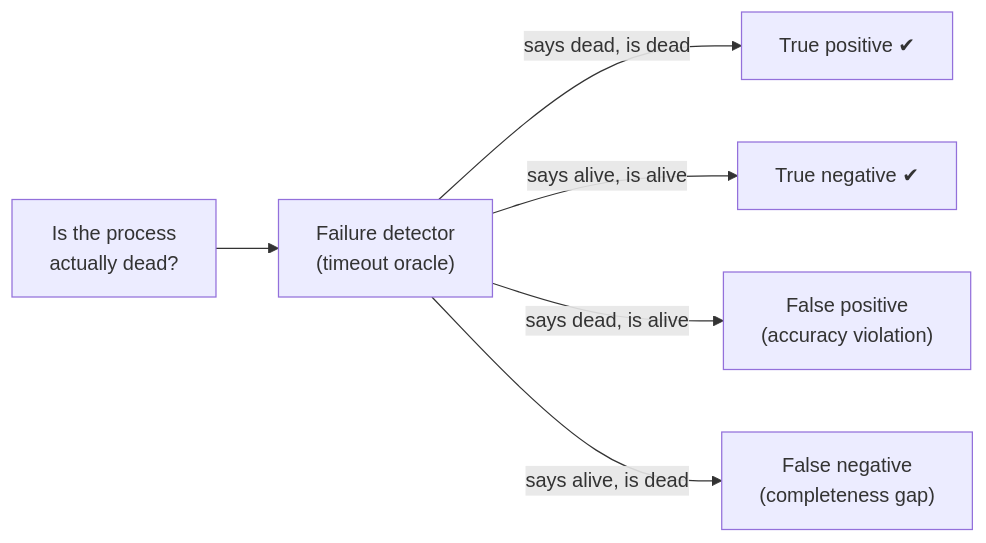
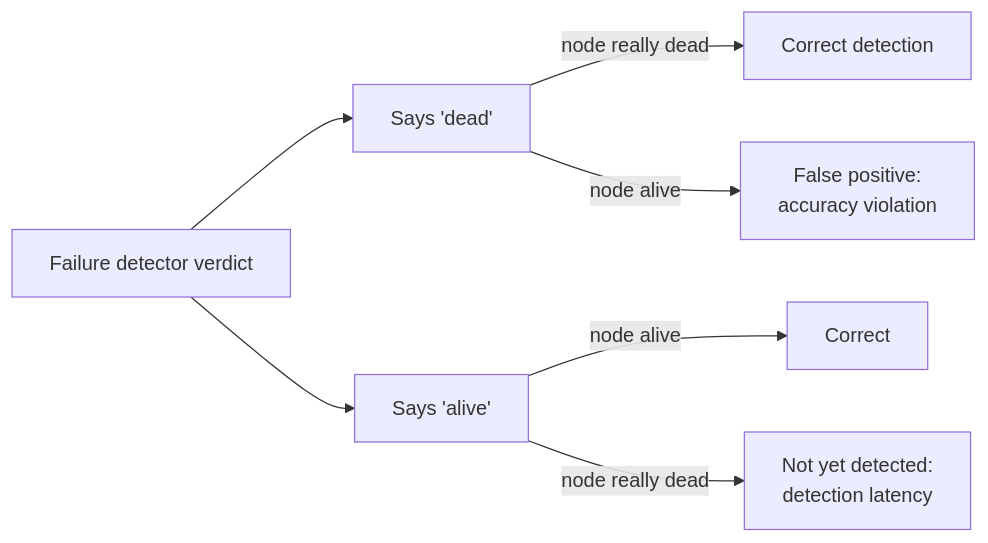
The first of 7 diagrams in github-pages/docs/distributed-systems/failure-detection.md (AndrewAltimit/Documentation), drawn with Mermaid before and after one commit. The commit also changed other lines of this file and 240 other files, not shown here.

````diff
--- a/github-pages/docs/distributed-systems/failure-detection.md
+++ b/github-pages/docs/distributed-systems/failure-detection.md
@@ -41,8 +49,9 @@
 ```mermaid
 flowchart LR
-    Reality["Is the process<br/>actually dead?"] --> Detector["Failure detector<br/>(timeout oracle)"]
-    Detector -->|"says dead, is dead"| TP["True positive ✔"]
-    Detector -->|"says alive, is alive"| TN["True negative ✔"]
-    Detector -->|"says dead, is alive"| FP["False positive<br/>(accuracy violation)"]
-    Detector -->|"says alive, is dead"| FN["False negative<br/>(completeness gap)"]
+    Detector["Failure detector verdict"] --> Dead["Says 'dead'"]
+    Detector --> Alive["Says 'alive'"]
+    Dead -->|"node really dead"| TP["Correct detection"]
+    Dead -->|"node alive"| FP["False positive:<br/>accuracy violation"]
+    Alive -->|"node alive"| TN["Correct"]
+    Alive -->|"node really dead"| FN["Not yet detected:<br/>detection latency"]
 ```
````
